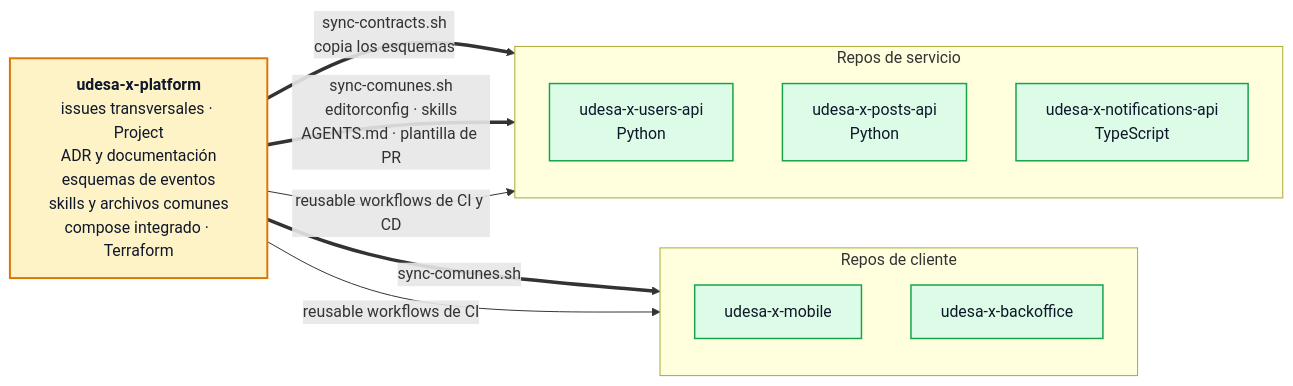
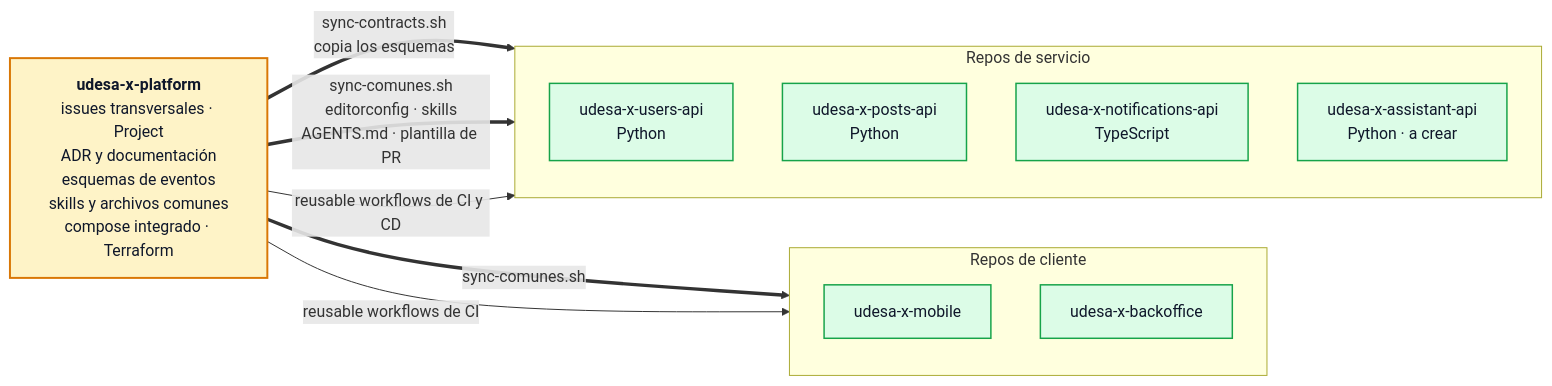
Before and after one commit to tds-g3-2s2026/udesa-x-platform: the first of 7 diagrams in docs/ARQUITECTURA.md, drawn with Mermaid. The commit also changed other lines of this file and 6 other files, not shown here.

````diff
--- a/docs/ARQUITECTURA.md
+++ b/docs/ARQUITECTURA.md
@@ -143,28 +144,29 @@
 ```mermaid
 flowchart LR
     PLAT["<b>udesa-x-platform</b><br/>issues transversales · Project<br/>ADR y documentación<br/>esquemas de eventos<br/>skills y archivos comunes<br/>compose integrado · Terraform"]
 
     subgraph svcs["Repos de servicio"]
         direction TB
         R1["udesa-x-users-api<br/>Python"]
         R2["udesa-x-posts-api<br/>Python"]
         R3["udesa-x-notifications-api<br/>TypeScript"]
+        R4["udesa-x-assistant-api<br/>Python · a crear"]
     end
 
     subgraph cli["Repos de cliente"]
         direction TB
         R5["udesa-x-mobile"]
         R6["udesa-x-backoffice"]
     end
 
     PLAT ==>|"sync-contracts.sh<br/>copia los esquemas"| svcs
     PLAT ==>|"sync-comunes.sh<br/>editorconfig · skills<br/>AGENTS.md · plantilla de PR"| svcs
     PLAT ==>|"sync-comunes.sh"| cli
     PLAT -->|"reusable workflows de CI y CD"| svcs
     PLAT -->|"reusable workflows de CI"| cli
 
     classDef hub fill:#fef3c7,stroke:#d97706,stroke-width:2px,color:#0f172a
     classDef repo fill:#dcfce7,stroke:#16a34a,stroke-width:1.5px,color:#0f172a
     class PLAT hub
-    class R1,R2,R3,R5,R6 repo
+    class R1,R2,R3,R4,R5,R6 repo
 ```
````
